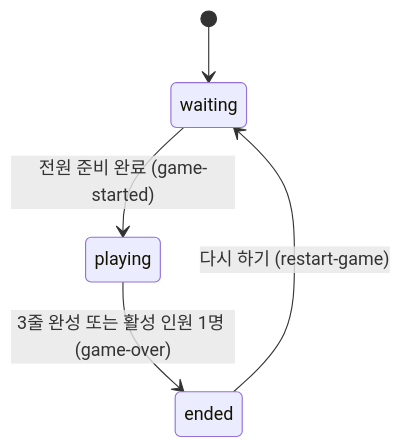
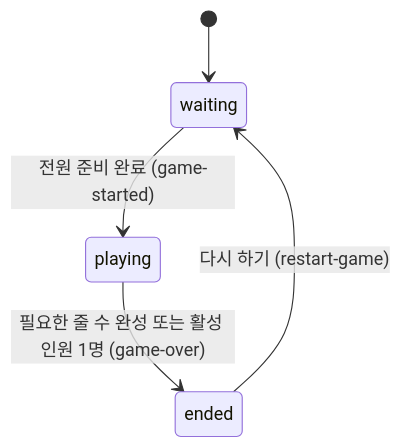
One commit to yonghun16/bingo changed the second of 4 diagrams in docs/content/기획/게임흐름.md. Above: the diagram before and after it, drawn with Mermaid. The commit also changed other lines of this file and 9 other files, not shown here.

````diff
--- a/docs/content/기획/게임흐름.md
+++ b/docs/content/기획/게임흐름.md
@@ -43,7 +43,7 @@
 ```mermaid
 stateDiagram-v2
     [*] --> waiting
     waiting --> playing: 전원 준비 완료 (game-started)
-    playing --> ended: 3줄 완성 또는 활성 인원 1명 (game-over)
+    playing --> ended: 필요한 줄 수 완성 또는 활성 인원 1명 (game-over)
     ended --> waiting: 다시 하기 (restart-game)
 ```
````
